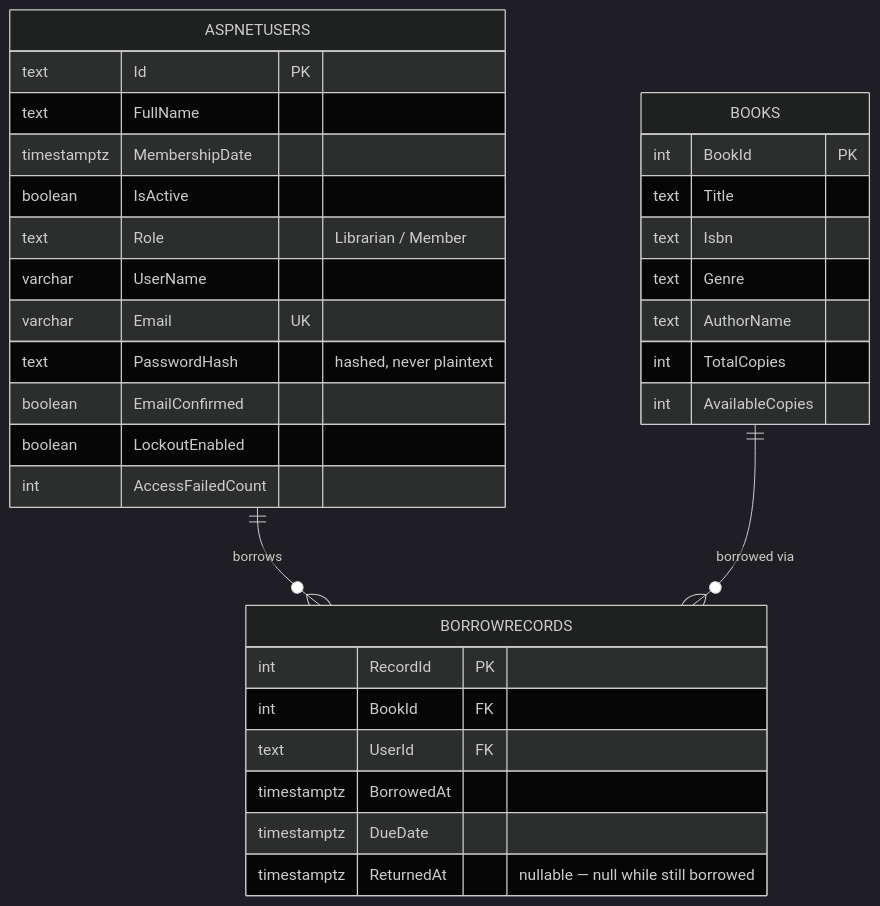
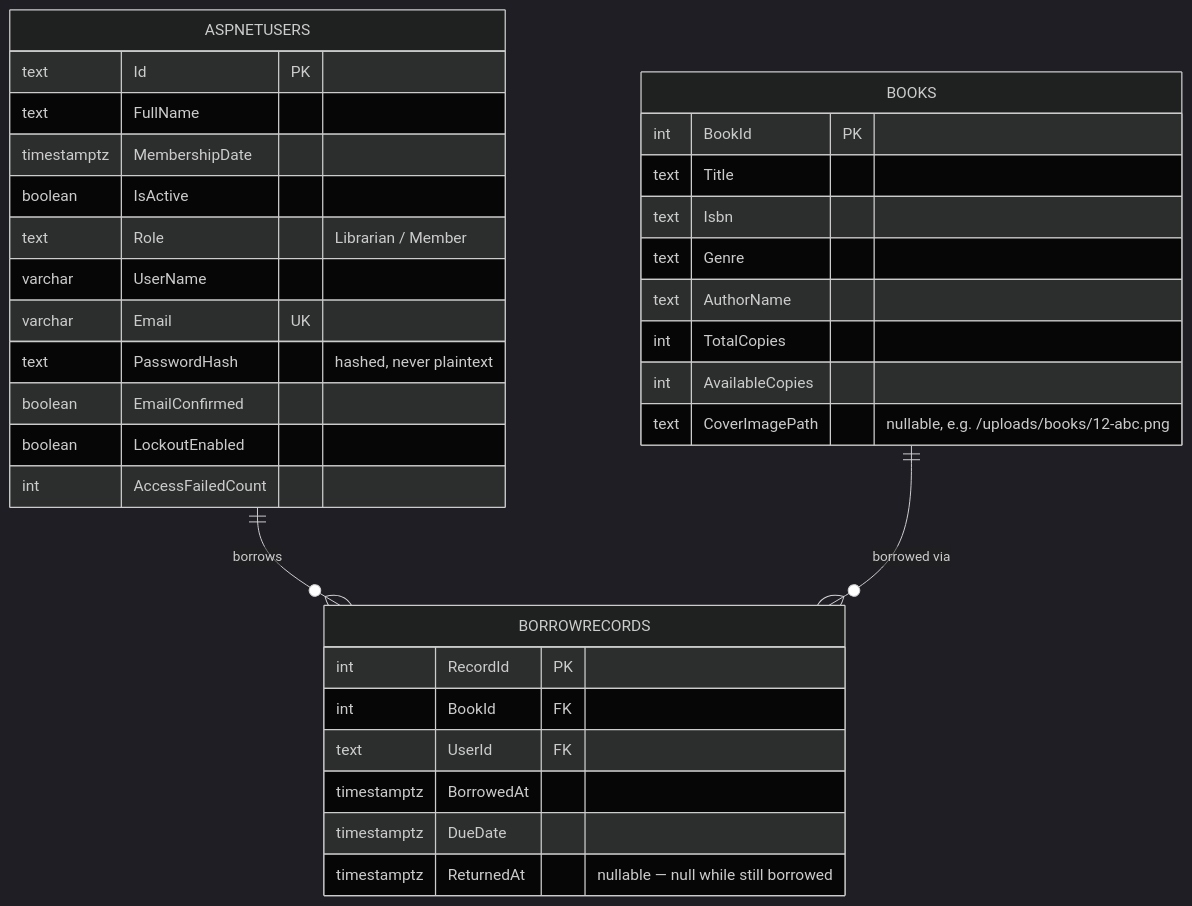
The diagram in docs/database-design.md (hetvirani18/library-management), drawn with Mermaid (dark theme) before and after one commit. The commit also changed other lines of this file and 20 other files, not shown here.

````diff
--- a/docs/database-design.md
+++ b/docs/database-design.md
@@ -28,38 +28,39 @@
 ```mermaid
 erDiagram
     ASPNETUSERS ||--o{ BORROWRECORDS : "borrows"
     BOOKS ||--o{ BORROWRECORDS : "borrowed via"
 
     ASPNETUSERS {
         text Id PK
         text FullName
         timestamptz MembershipDate
         boolean IsActive
         text Role "Librarian / Member"
         varchar UserName
         varchar Email UK
         text PasswordHash "hashed, never plaintext"
         boolean EmailConfirmed
         boolean LockoutEnabled
         int AccessFailedCount
     }
 
     BOOKS {
         int BookId PK
         text Title
         text Isbn
         text Genre
         text AuthorName
         int TotalCopies
         int AvailableCopies
+        text CoverImagePath "nullable, e.g. /uploads/books/12-abc.png"
     }
 
     BORROWRECORDS {
         int RecordId PK
         int BookId FK
         text UserId FK
         timestamptz BorrowedAt
         timestamptz DueDate
         timestamptz ReturnedAt "nullable — null while still borrowed"
     }
 ```
````
